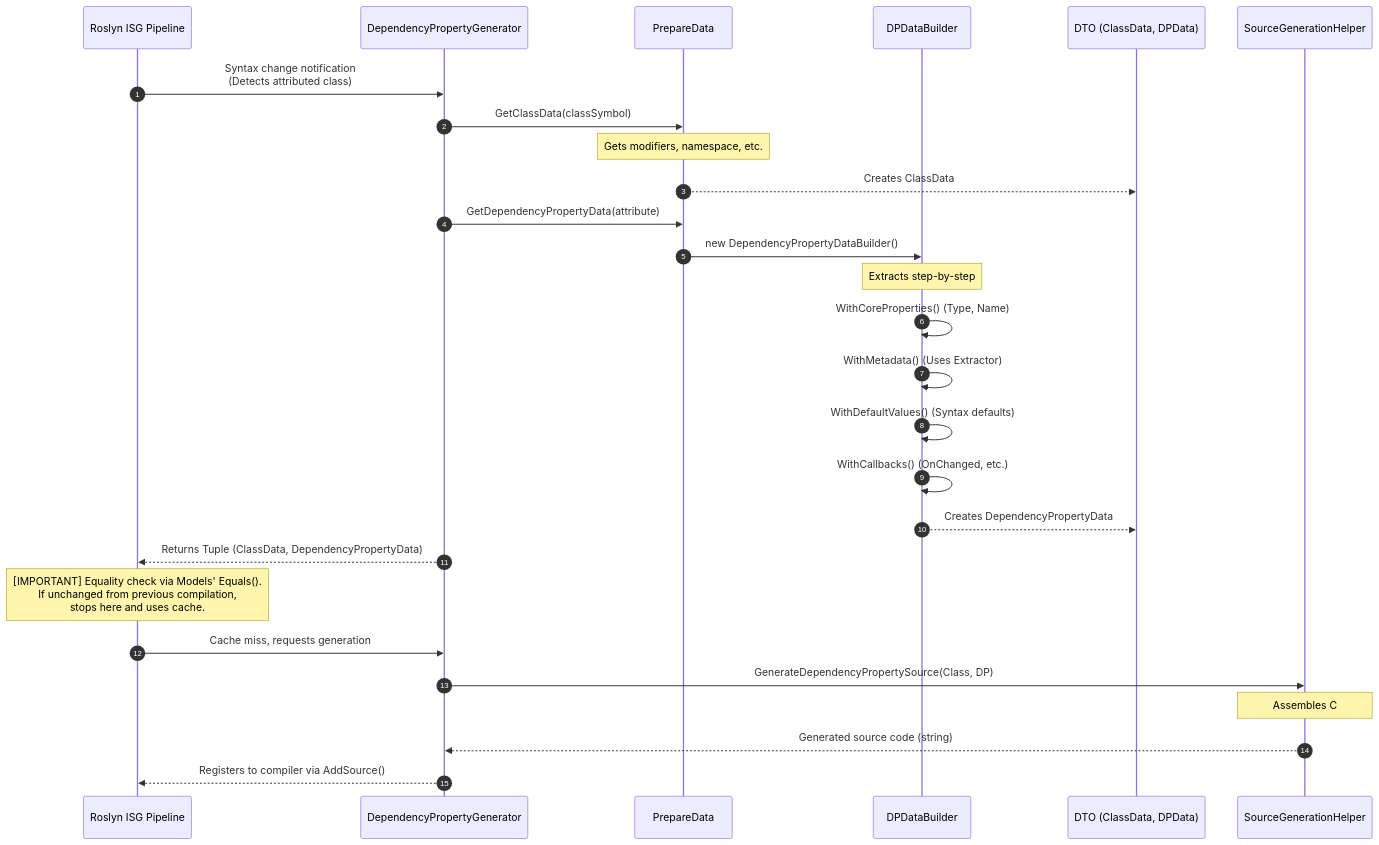
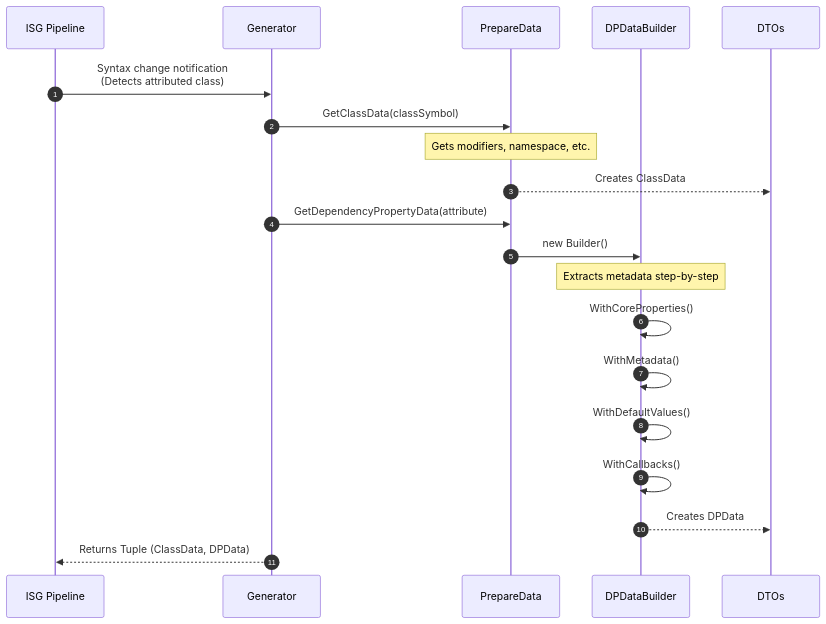
One commit to kassyi/DependencyPropertyGenerator changed the fifth of 6 diagrams in spec/en/02_pipeline_architecture.md. Above: the diagram before and after it, drawn with Mermaid. The commit also changed other lines of this file and 6 other files, not shown here.

````diff
--- a/spec/en/02_pipeline_architecture.md
+++ b/spec/en/02_pipeline_architecture.md
@@ -163,41 +197,30 @@
 ```mermaid
 sequenceDiagram
     autonumber
-    participant Roslyn as Roslyn ISG Pipeline
-    participant DPG as DependencyPropertyGenerator
+    participant Roslyn as ISG Pipeline
+    participant DPG as Generator
     participant PD as PrepareData
     participant Builder as DPDataBuilder
-    participant Models as DTO (ClassData, DPData)
-    participant Helper as SourceGenerationHelper
+    participant Models as DTOs
 
     %% Parsing Phase
     Roslyn->>DPG: Syntax change notification<br/>(Detects attributed class)
     
     %% Extraction Phase
     DPG->>PD: GetClassData(classSymbol)
     Note over PD: Gets modifiers, namespace, etc.
     PD-->>Models: Creates ClassData
     
     DPG->>PD: GetDependencyPropertyData(attribute)
-    PD->>Builder: new DependencyPropertyDataBuilder()
+    PD->>Builder: new Builder()
     
-    Note over Builder: Extracts step-by-step
-    Builder->>Builder: WithCoreProperties() (Type, Name)
-    Builder->>Builder: WithMetadata() (Uses Extractor)
-    Builder->>Builder: WithDefaultValues() (Syntax defaults)
-    Builder->>Builder: WithCallbacks() (OnChanged, etc.)
+    Note over Builder: Extracts metadata step-by-step
+    Builder->>Builder: WithCoreProperties()
+    Builder->>Builder: WithMetadata()
+    Builder->>Builder: WithDefaultValues()
+    Builder->>Builder: WithCallbacks()
     
-    Builder-->>Models: Creates DependencyPropertyData
+    Builder-->>Models: Creates DPData
     
-    DPG-->>Roslyn: Returns Tuple (ClassData, DependencyPropertyData)
-
-    %% Caching Phase
-    Note over Roslyn: [IMPORTANT] Equality check via Models' Equals().<br/>If unchanged from previous compilation,<br/>stops here and uses cache.
-    
-    %% Generation Phase
-    Roslyn->>DPG: Cache miss, requests generation
-    DPG->>Helper: GenerateDependencyPropertySource(Class, DP)
-    Note over Helper: Assembles C# string using<br/>SourceWriter (Zero Allocation)
-    Helper-->>DPG: Generated source code (string)
-    DPG-->>Roslyn: Registers to compiler via AddSource()
+    DPG-->>Roslyn: Returns Tuple (ClassData, DPData)
 ```
````
